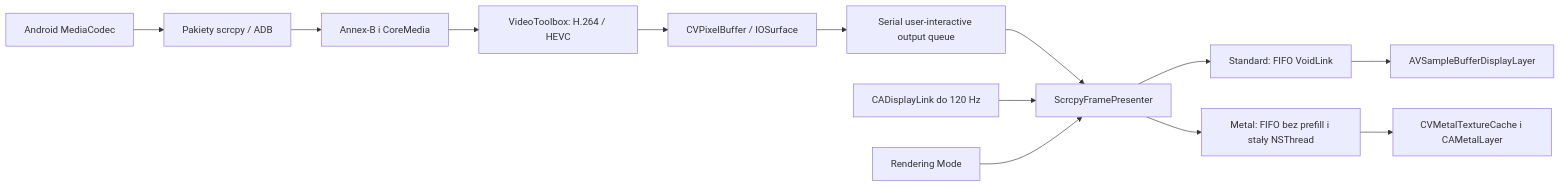
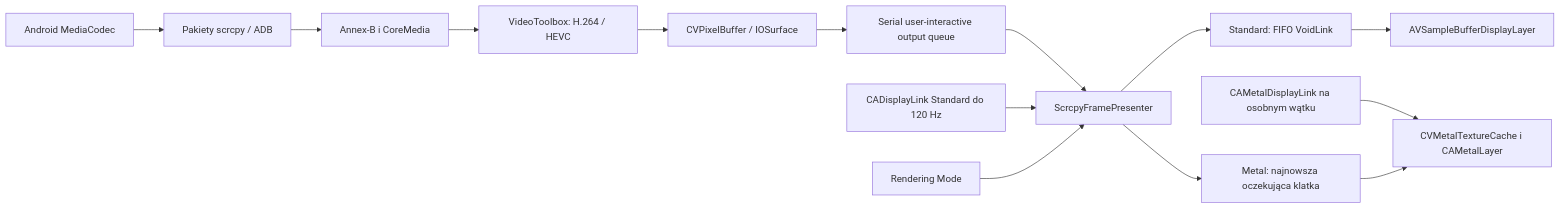
One commit to WillSmith4/screen changed the diagram in docs/native-video-rendering.md. Above: the diagram before and after it, drawn with Mermaid. The commit also changed other lines of this file and 7 other files, not shown here.

Commit message:
Drive Metal presentation with CAMetalDisplayLink

````diff
--- a/docs/native-video-rendering.md
+++ b/docs/native-video-rendering.md
@@ -9,15 +9,16 @@
 ```mermaid
 flowchart LR
   Android[Android MediaCodec] --> ADB[Pakiety scrcpy / ADB]
   ADB --> Native[Annex-B i CoreMedia]
   Native --> VT[VideoToolbox: H.264 / HEVC]
   VT --> Surface[CVPixelBuffer / IOSurface]
   Surface --> Output[Serial user-interactive output queue]
   Output --> Presenter[ScrcpyFramePresenter]
-  Clock[CADisplayLink do 120 Hz] --> Presenter
+  Clock[CADisplayLink Standard do 120 Hz] --> Presenter
+  MetalClock[CAMetalDisplayLink na osobnym wątku] --> Metal
   Setting[Rendering Mode] --> Presenter
   Presenter --> Queue[Standard: FIFO VoidLink]
   Queue --> Standard[AVSampleBufferDisplayLayer]
-  Presenter --> MetalQueue[Metal: FIFO bez prefill i stały NSThread]
+  Presenter --> MetalQueue[Metal: najnowsza oczekująca klatka]
   MetalQueue --> Metal[CVMetalTextureCache i CAMetalLayer]
 ```
````
